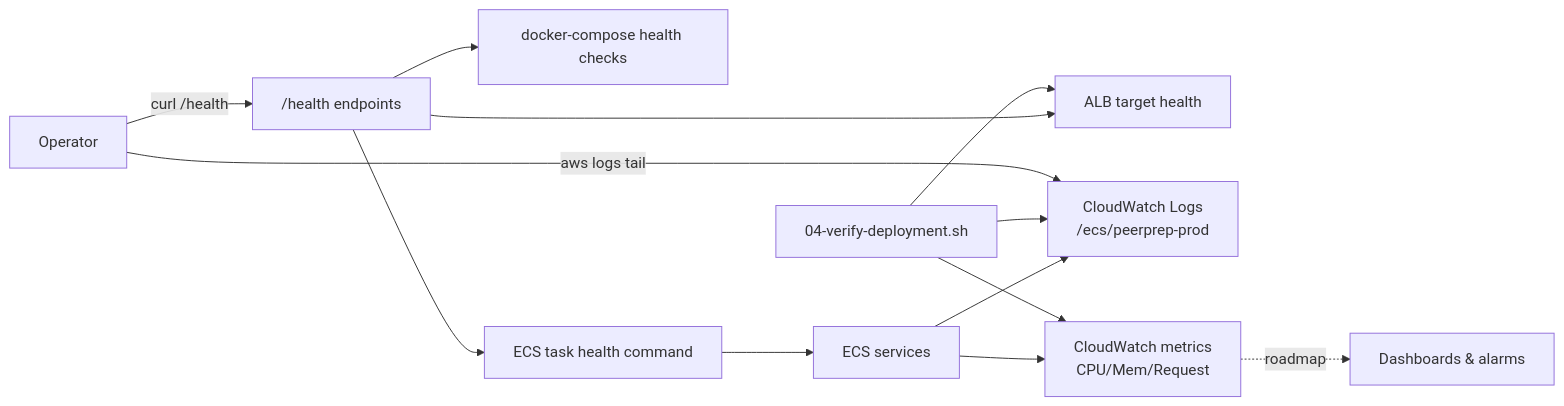
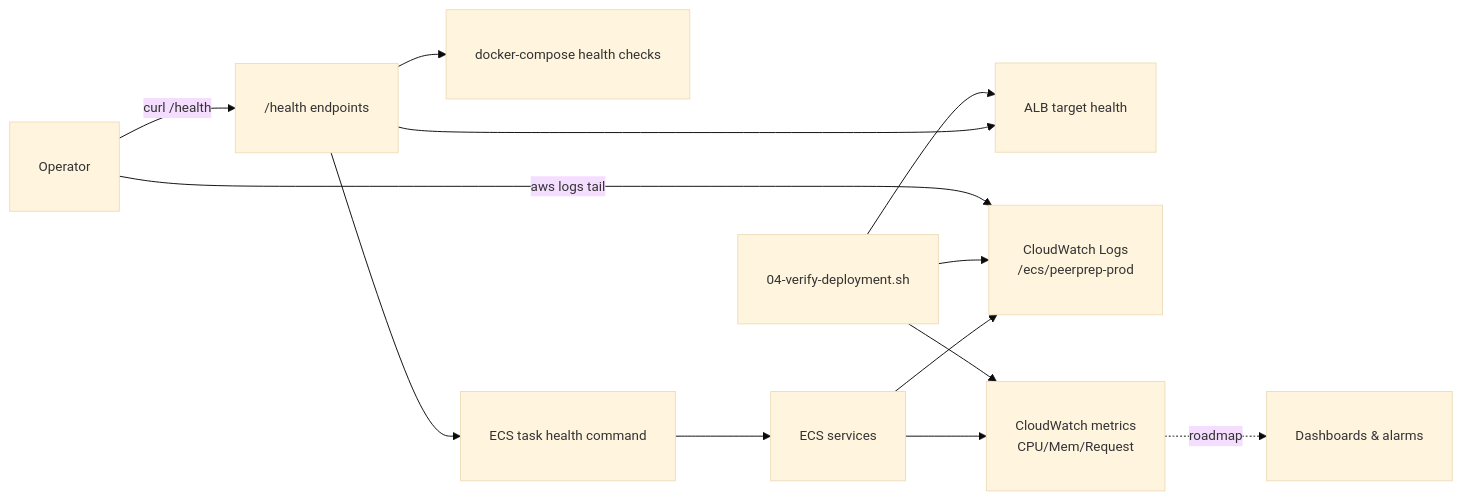
The eighth of 8 diagrams in docs/p1_deploy.md (JoanneHing/cs3219-ay2526s1-project-g19), drawn with Mermaid before and after one commit. The commit also changed other lines of this file, not shown here.

````diff
--- a/docs/p1_deploy.md
+++ b/docs/p1_deploy.md
@@ -253,18 +274,22 @@
 ```mermaid
+%%{init: {'theme':'base', 'themeVariables': {'fontSize':'14px'}}}%%
 graph LR
   HealthEP["/health endpoints"] --> ComposeHC["docker-compose health checks"]
   HealthEP --> ALBHC["ALB target health"]
   HealthEP --> ECSHC["ECS task health command"]
 
   ECSHC --> ECS["ECS services"]
   ECS --> Logs["CloudWatch Logs<br/>/ecs/peerprep-prod"]
   ECS --> Metrics["CloudWatch metrics<br/>CPU/Mem/Request"]
   Metrics -. roadmap .-> Alerts["Dashboards & alarms"]
 
   VerifyScript["04-verify-deployment.sh"] --> ALBHC
   VerifyScript --> Metrics
   VerifyScript --> Logs
 
   Operator["Operator"] -->|"aws logs tail"| Logs
   Operator -->|"curl /health"| HealthEP
+
+  classDef wider padding:10px
+  class HealthEP,ComposeHC,ALBHC,ECSHC,ECS,Logs,Metrics,Alerts,VerifyScript,Operator wider
 ```
````
